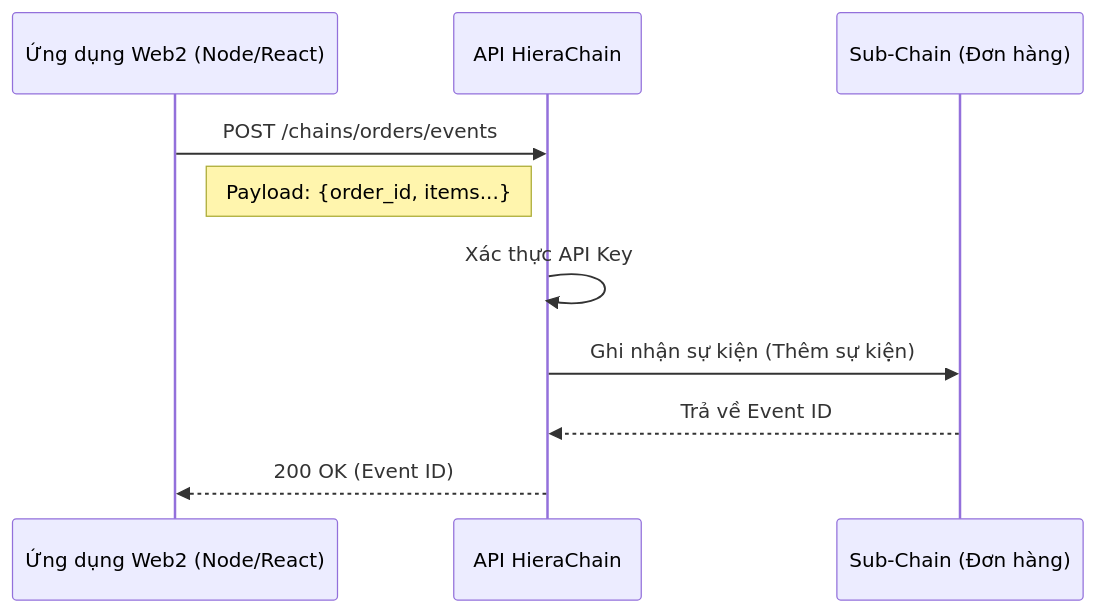
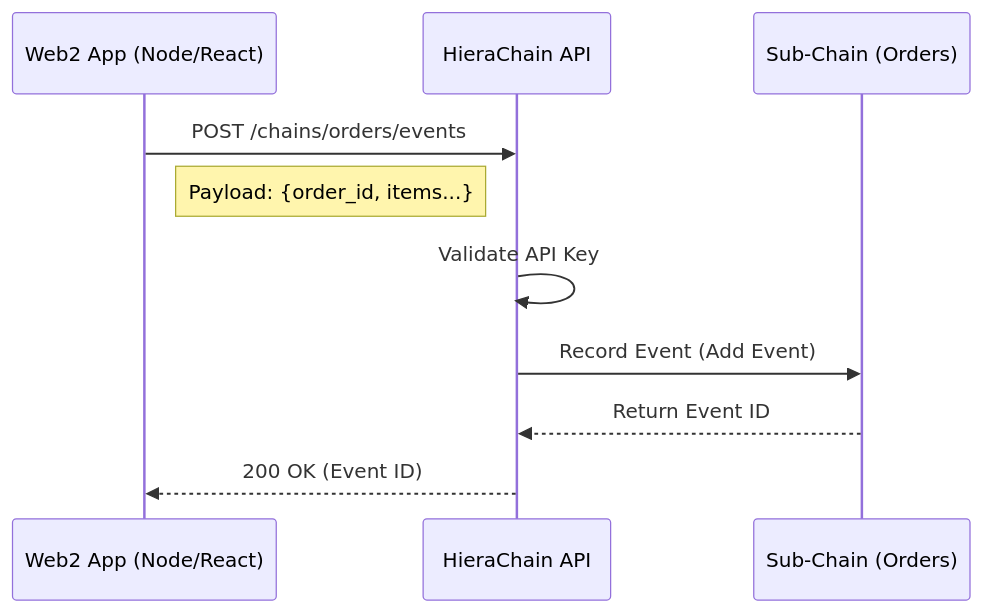
One commit to VanDung-dev/HieraChain changed the second of 3 diagrams in docs/vi/how-to/integrate-web2.md. Above: the diagram before and after it, drawn with Mermaid. The commit also changed other lines of this file and 158 other files, not shown here.

````diff
--- a/docs/vi/how-to/integrate-web2.md
+++ b/docs/vi/how-to/integrate-web2.md
@@ -39,13 +39,13 @@
 ```mermaid
 sequenceDiagram
-    participant Web as Ứng dụng Web2 (Node/React)
-    participant API as API HieraChain
-    participant Sub as Sub-Chain (Đơn hàng)
+    participant Web as Web2 App (Node/React)
+    participant API as HieraChain API
+    participant Sub as Sub-Chain (Orders)
 
     Web->>API: POST /chains/orders/events
     Note right of Web: Payload: {order_id, items...}
-    API->>API: Xác thực API Key
-    API->>Sub: Ghi nhận sự kiện (Thêm sự kiện)
-    Sub-->>API: Trả về Event ID
+    API->>API: Validate API Key
+    API->>Sub: Record Event (Add Event)
+    Sub-->>API: Return Event ID
     API-->>Web: 200 OK (Event ID)
 ```
````
